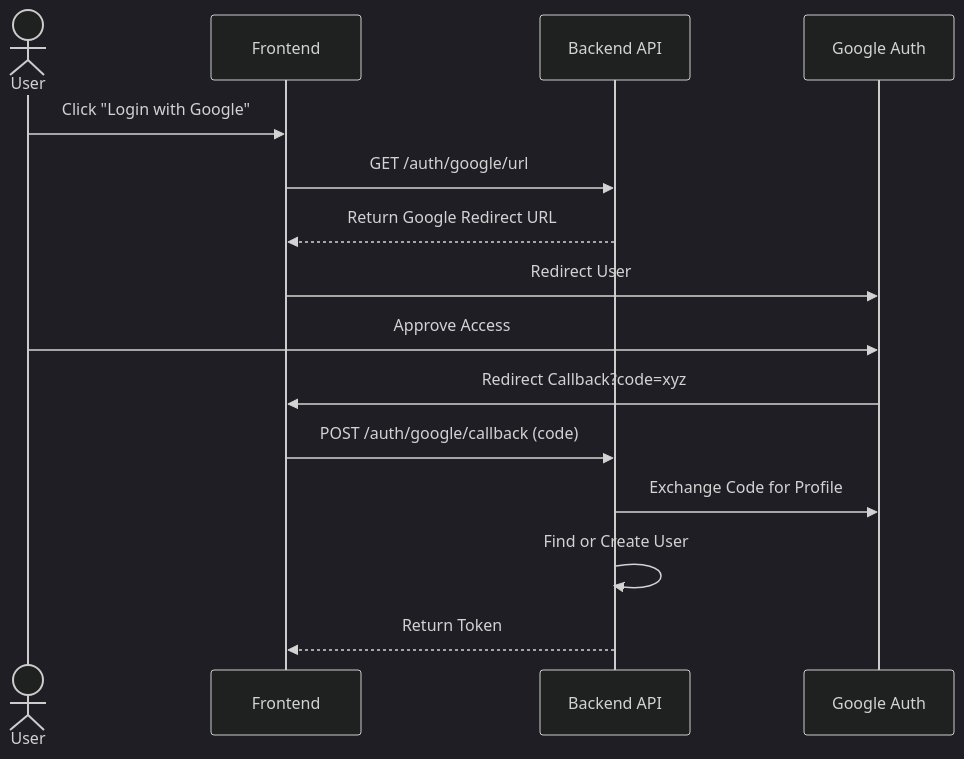
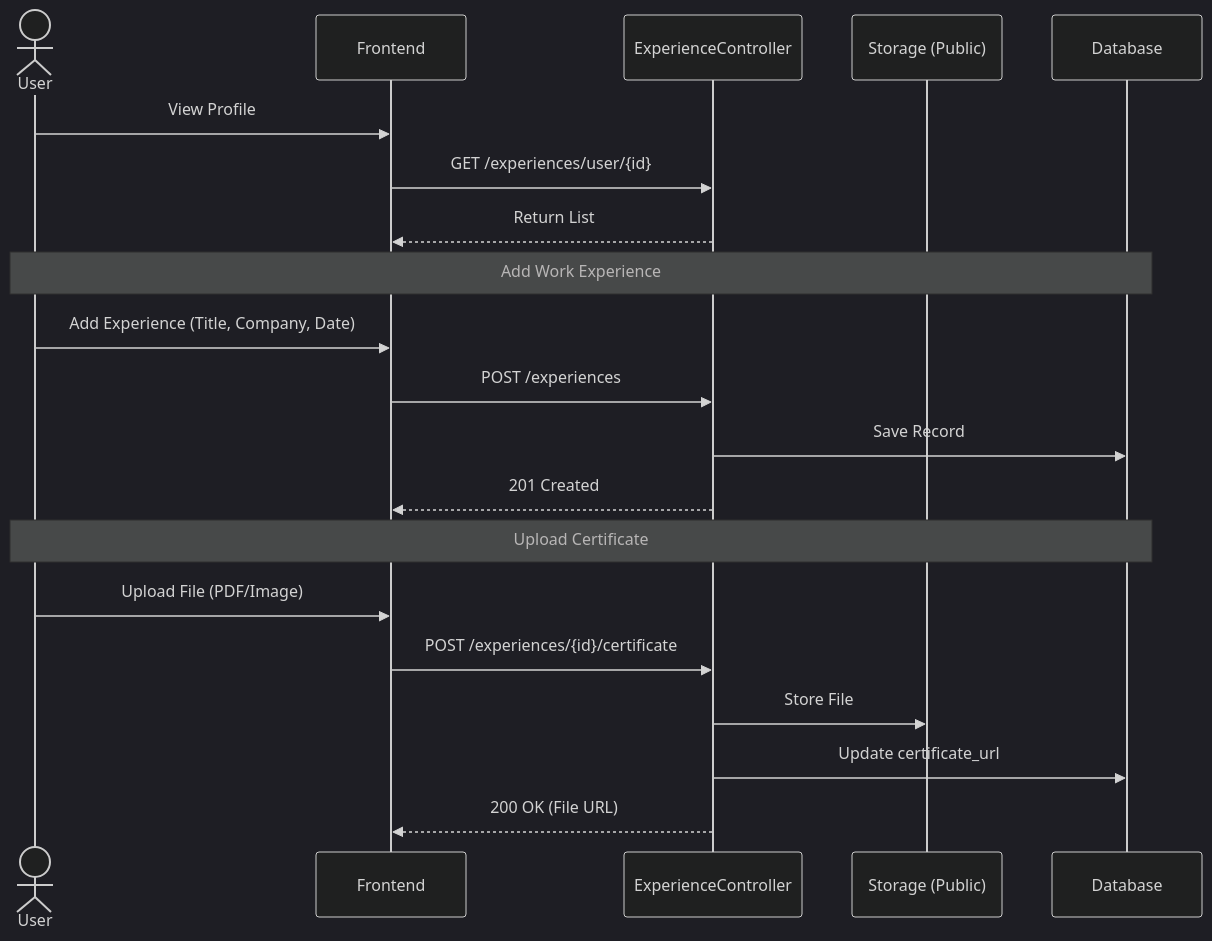
Before and after one commit to 23081010076-oss/backend: the second of 8 diagrams in APP_FLOWS.md, drawn with Mermaid (dark theme). The commit also changed other lines of this file, not shown here.

Commit message:
docs: Expand application flows documentation by adding new sections for portfolio, course management, articles, and corporate services, and enhancing details of existing flows.

````diff
--- a/APP_FLOWS.md
+++ b/APP_FLOWS.md
@@ -34,18 +61,25 @@
 ```mermaid
 sequenceDiagram
     actor User
     participant FE as Frontend
-    participant API as Backend API
-    participant Google as Google Auth
+    participant Exp as ExperienceController
+    participant S3 as Storage (Public)
+    participant DB as Database
 
-    User->>FE: Click "Login with Google"
-    FE->>API: GET /auth/google/url
-    API-->>FE: Return Google Redirect URL
-    FE->>Google: Redirect User
-    User->>Google: Approve Access
-    Google->>FE: Redirect Callback?code=xyz
-    FE->>API: POST /auth/google/callback (code)
-    API->>Google: Exchange Code for Profile
-    API->>API: Find or Create User
-    API-->>FE: Return Token
+    User->>FE: View Profile
+    FE->>Exp: GET /experiences/user/{id}
+    Exp-->>FE: Return List
+
+    Note over User, DB: Add Work Experience
+    User->>FE: Add Experience (Title, Company, Date)
+    FE->>Exp: POST /experiences
+    Exp->>DB: Save Record
+    Exp-->>FE: 201 Created
+
+    Note over User, DB: Upload Certificate
+    User->>FE: Upload File (PDF/Image)
+    FE->>Exp: POST /experiences/{id}/certificate
+    Exp->>S3: Store File
+    Exp->>DB: Update certificate_url
+    Exp-->>FE: 200 OK (File URL)
 ```
````
